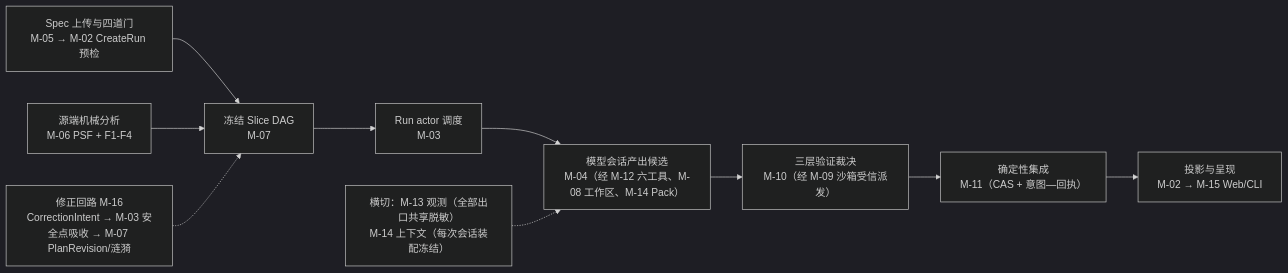
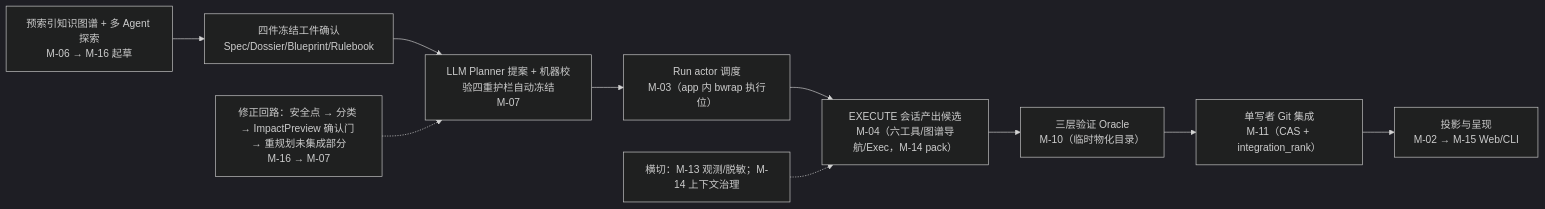
The third of 4 diagrams in my_space/codemigrator_dev_progress/CodeMigrator开发任务规划与进度跟踪.md (LT0X/CodeMigrator), drawn with Mermaid (dark theme) before and after one commit. The commit also changed other lines of this file and 55 other files, not shown here.

````diff
--- a/my_space/codemigrator_dev_progress/CodeMigrator开发任务规划与进度跟踪.md
+++ b/my_space/codemigrator_dev_progress/CodeMigrator开发任务规划与进度跟踪.md
@@ -266,21 +273,21 @@
 ```mermaid
 flowchart LR
-    S["Spec 上传与四道门<br/>M-05 → M-02 CreateRun 预检"]
-    A["源端机械分析<br/>M-06 PSF + F1-F4"]
-    P["冻结 Slice DAG<br/>M-07"]
-    D["Run actor 调度<br/>M-03"]
-    L["模型会话产出候选<br/>M-04（经 M-12 六工具、M-08 工作区、M-14 Pack）"]
-    V["三层验证裁决<br/>M-10（经 M-09 沙箱受信派发）"]
-    I["确定性集成<br/>M-11（CAS + 意图—回执）"]
+    K["预索引知识图谱 + 多 Agent 探索<br/>M-06 → M-16 起草"]
+    A["四件冻结工件确认<br/>Spec/Dossier/Blueprint/Rulebook"]
+    P["LLM Planner 提案 + 机器校验四重护栏自动冻结<br/>M-07"]
+    D["Run actor 调度<br/>M-03（app 内 bwrap 执行位）"]
+    L["EXECUTE 会话产出候选<br/>M-04（六工具/图谱导航/Exec，M-14 pack）"]
+    V["三层验证 Oracle<br/>M-10（临时物化目录）"]
+    I["单写者 Git 集成<br/>M-11（CAS + integration_rank）"]
     R["投影与呈现<br/>M-02 → M-15 Web/CLI"]
 
-    S --> P
+    K --> A
     A --> P
     P --> D
     D --> L
     L --> V
     V --> I
     I --> R
-    C["修正回路 M-16<br/>CorrectionIntent → M-03 安全点吸收 → M-07 PlanRevision/涟漪"] -.-> P
-    O["横切：M-13 观测（全部出口共享脱敏）<br/>M-14 上下文（每次会话装配冻结）"] -.-> L
+    C["修正回路：安全点 → 分类 → ImpactPreview 确认门 → 重规划未集成部分<br/>M-16 → M-07"] -.-> P
+    O["横切：M-13 观测/脱敏；M-14 上下文治理"] -.-> L
 ```
````
